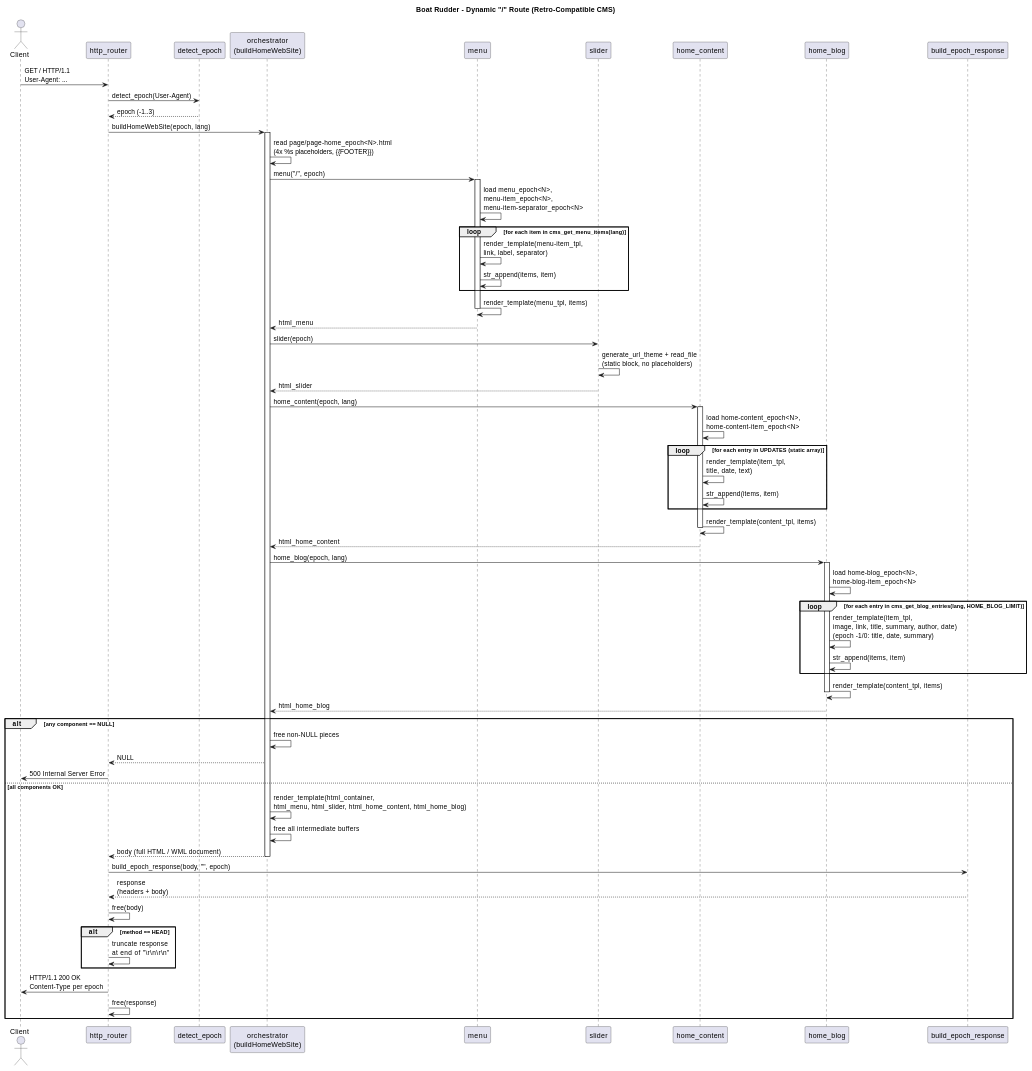
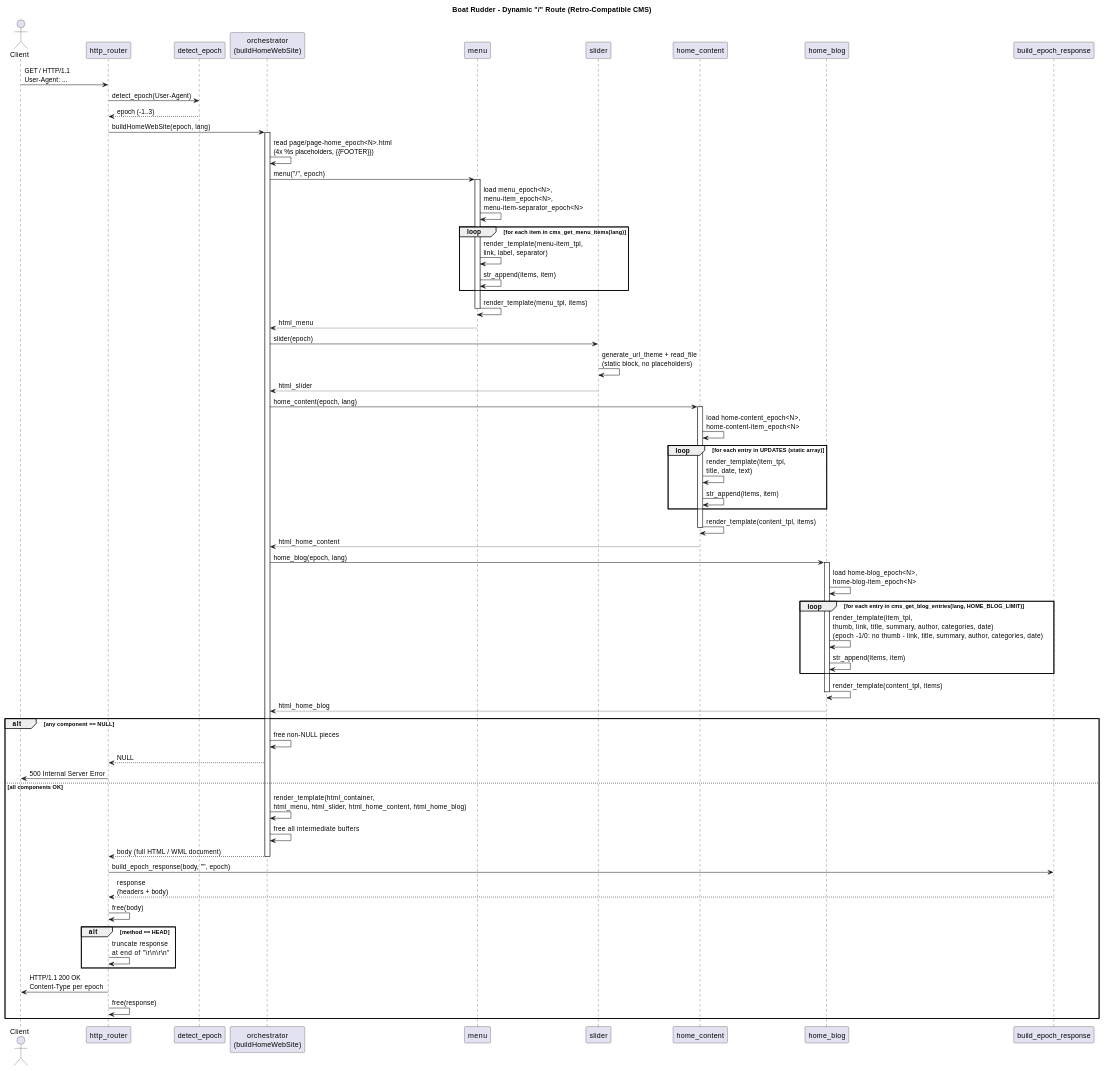
Before and after one commit to jpablotoledom/boat-rudder: the fourth of 5 diagrams in develop_docs/boat-rudder.md, drawn with PlantUML. The commit also changed other lines of this file and 147 other files, not shown here.

```diff
--- a/develop_docs/boat-rudder.md
+++ b/develop_docs/boat-rudder.md
@@ -517,7 +522,7 @@
 activate BLOG
 BLOG -> BLOG : load home-blog_epoch<N>,\nhome-blog-item_epoch<N>
 loop for each entry in cms_get_blog_entries(lang, HOME_BLOG_LIMIT)
-  BLOG -> BLOG : render_template(item_tpl,\nimage, link, title, summary, author, date)\n(epoch -1/0: title, date, summary)
+  BLOG -> BLOG : render_template(item_tpl,\nthumb, link, title, summary, author, categories, date)\n(epoch -1/0: no thumb - link, title, summary, author, categories, date)
   BLOG -> BLOG : str_append(items, item)
 end
 BLOG -> BLOG : render_template(content_tpl, items)
```
